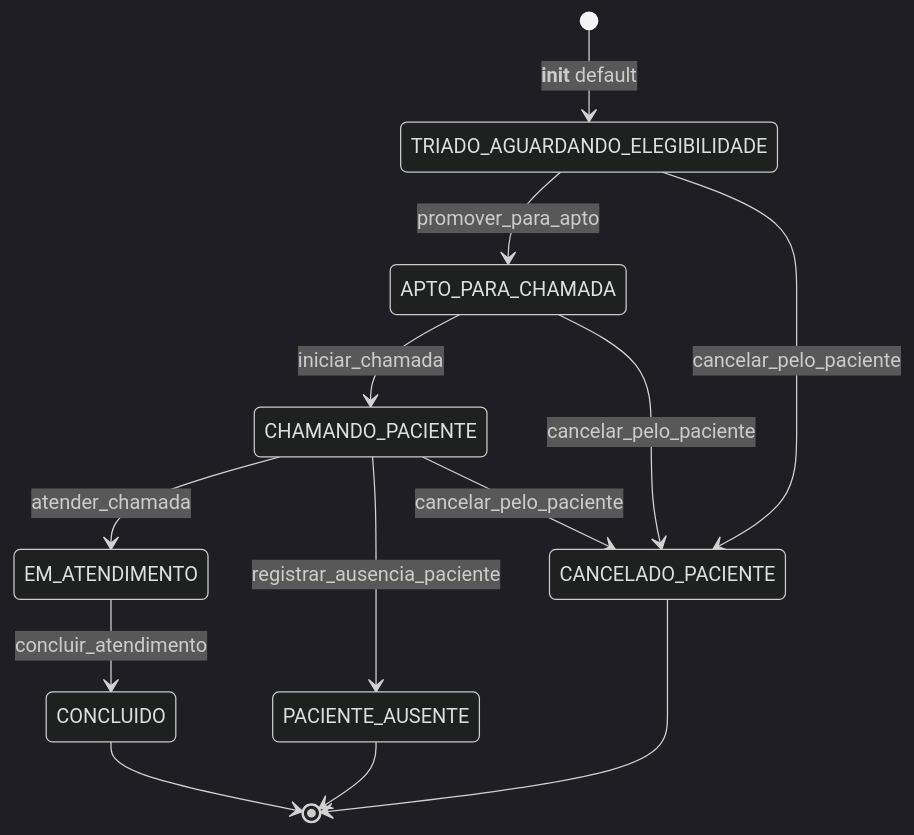
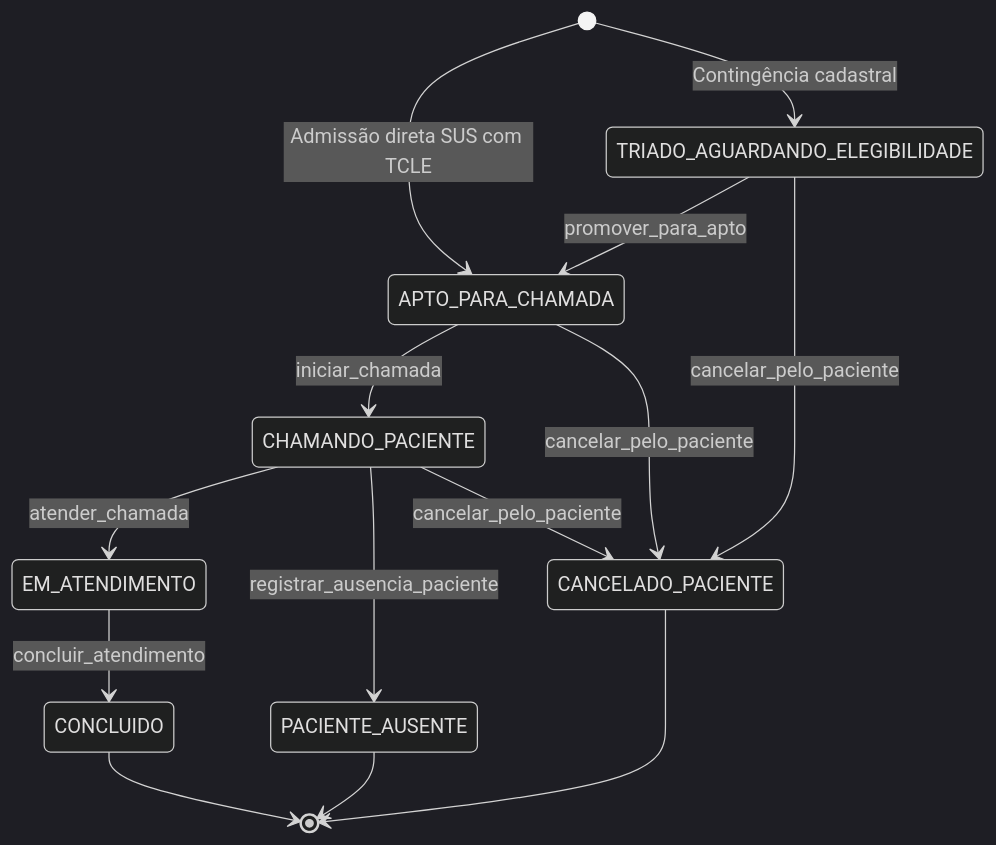
The diagram in docs/explanation/domains/queue-domain.md (Rafaelp122/medisync), drawn with Mermaid (dark theme) before and after one commit. The commit also changed other lines of this file and 30 other files, not shown here.

````diff
--- a/docs/explanation/domains/queue-domain.md
+++ b/docs/explanation/domains/queue-domain.md
@@ -42,15 +42,16 @@
 ```mermaid
 stateDiagram-v2
-    [*] --> TRIADO_AGUARDANDO_ELEGIBILIDADE: __init__ default
+    [*] --> APTO_PARA_CHAMADA: Admissão direta SUS com TCLE
+    [*] --> TRIADO_AGUARDANDO_ELEGIBILIDADE: Contingência cadastral
     TRIADO_AGUARDANDO_ELEGIBILIDADE --> APTO_PARA_CHAMADA: promover_para_apto
     APTO_PARA_CHAMADA --> CHAMANDO_PACIENTE: iniciar_chamada
     CHAMANDO_PACIENTE --> EM_ATENDIMENTO: atender_chamada
     CHAMANDO_PACIENTE --> PACIENTE_AUSENTE: registrar_ausencia_paciente
     EM_ATENDIMENTO --> CONCLUIDO: concluir_atendimento
     TRIADO_AGUARDANDO_ELEGIBILIDADE --> CANCELADO_PACIENTE: cancelar_pelo_paciente
     APTO_PARA_CHAMADA --> CANCELADO_PACIENTE: cancelar_pelo_paciente
     CHAMANDO_PACIENTE --> CANCELADO_PACIENTE: cancelar_pelo_paciente
     CONCLUIDO --> [*]
     PACIENTE_AUSENTE --> [*]
     CANCELADO_PACIENTE --> [*]
 ```
````
